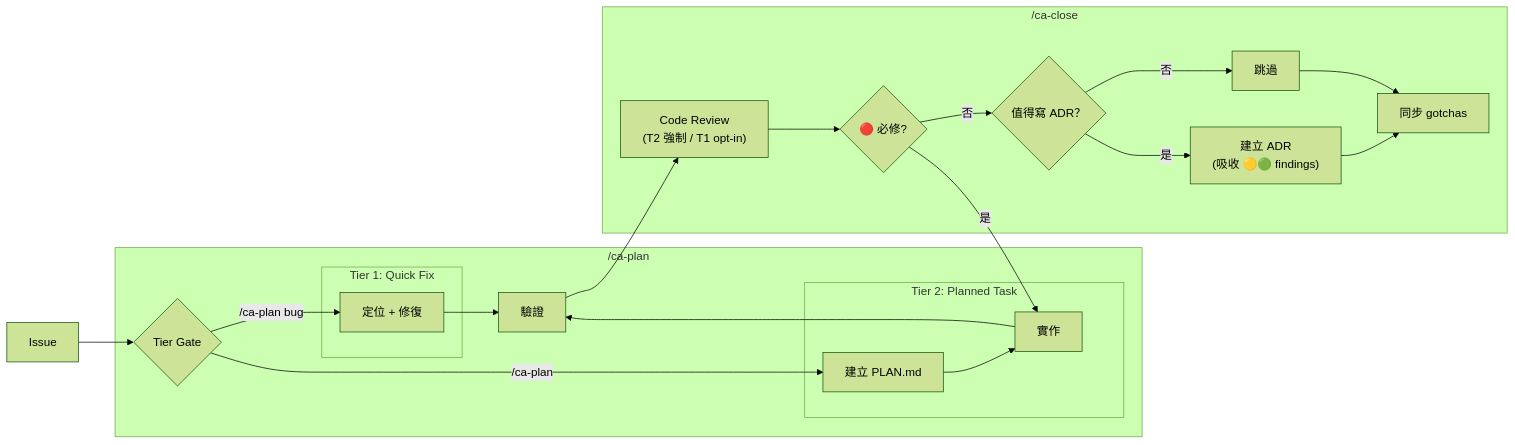
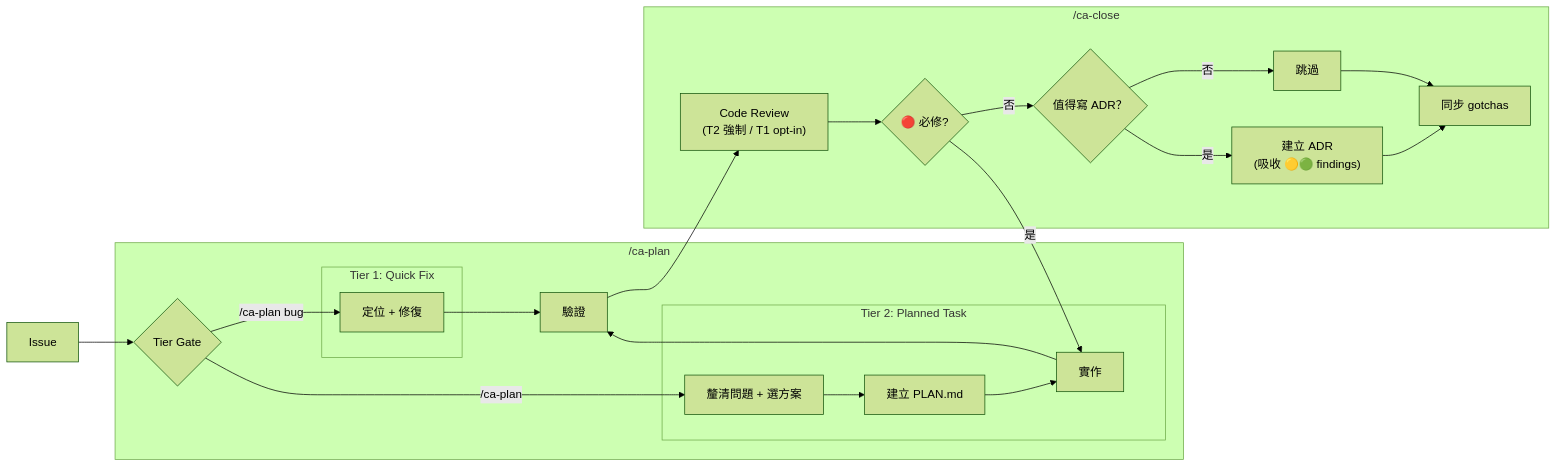
One commit to FreddyCro/carto-agent changed the second of 2 diagrams in README.md. Above: the diagram before and after it, drawn with Mermaid (forest theme). The commit also changed other lines of this file and 6 other files, not shown here.

First line of the commit message:
feat: add clarifying-questions + approach-comparison gate to ca-plan

````diff
--- a/README.md
+++ b/README.md
@@ -125,38 +125,39 @@
 ```mermaid
 flowchart LR
     Issue["Issue"]
 
     subgraph CaPlan["/ca-plan"]
         Gate{"Tier Gate"}
 
         subgraph Tier1["Tier 1: Quick Fix"]
             Fix1["定位 + 修復"]
         end
 
         subgraph Tier2["Tier 2: Planned Task"]
+            Clarify["釐清問題 + 選方案"]
             Plan2["建立 PLAN.md"]
             Impl["實作"]
         end
 
         Verify["驗證"]
     end
 
     subgraph CaClose["/ca-close"]
         Review["Code Review<br/>(T2 強制 / T1 opt-in)"]
         MustFix{"🔴 必修?"}
         AskADR{"值得寫 ADR？"}
         ADR["建立 ADR<br/>(吸收 🟡🟢 findings)"]
         Skip["跳過"]
         Gotchas["同步 gotchas"]
     end
 
     Issue --> Gate
     Gate -->|"/ca-plan bug"| Fix1 --> Verify
-    Gate -->|"/ca-plan"| Plan2 --> Impl --> Verify
+    Gate -->|"/ca-plan"| Clarify --> Plan2 --> Impl --> Verify
     Verify --> Review
     Review --> MustFix
     MustFix -->|是| Impl
     MustFix -->|否| AskADR
     AskADR -->|是| ADR --> Gotchas
     AskADR -->|否| Skip --> Gotchas
 ```
````
